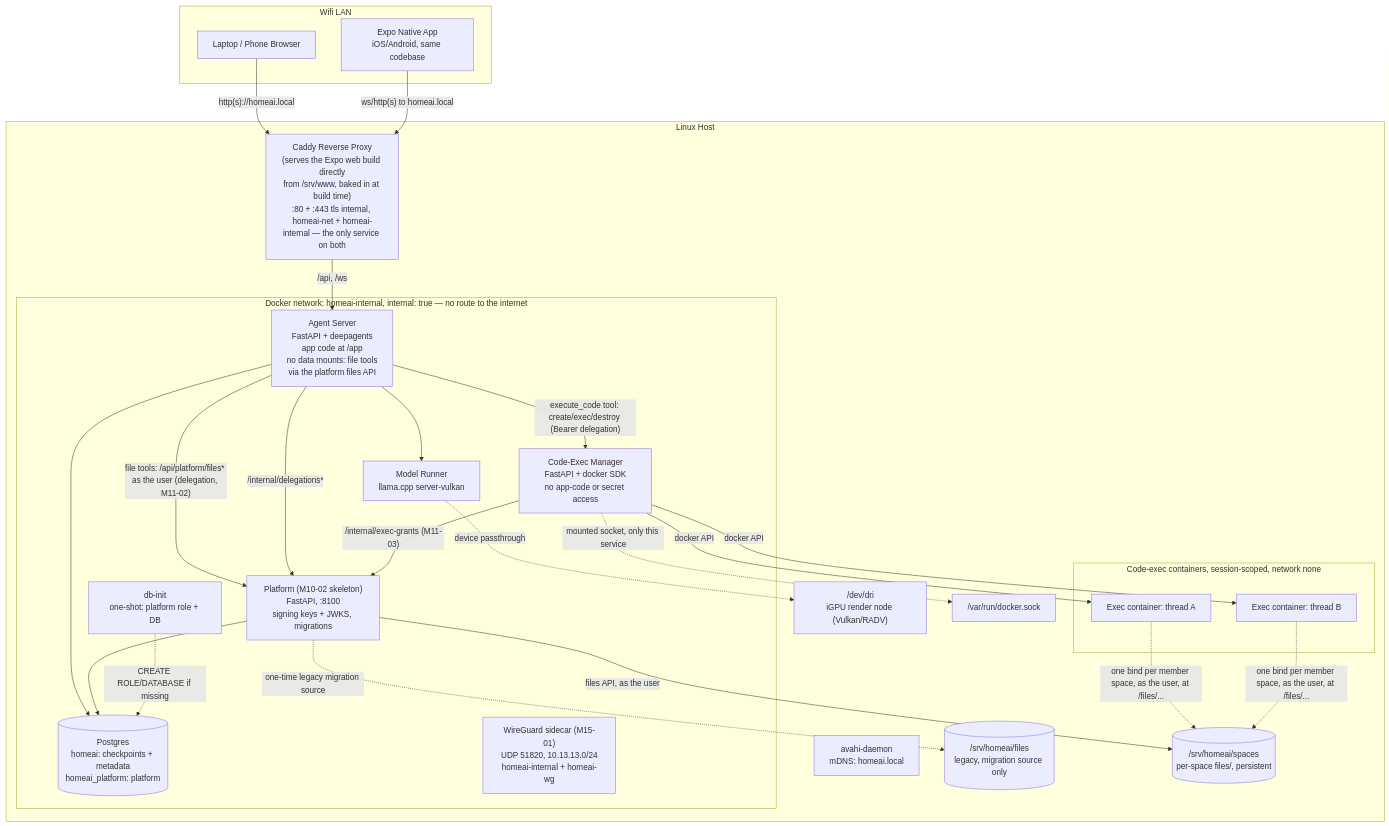
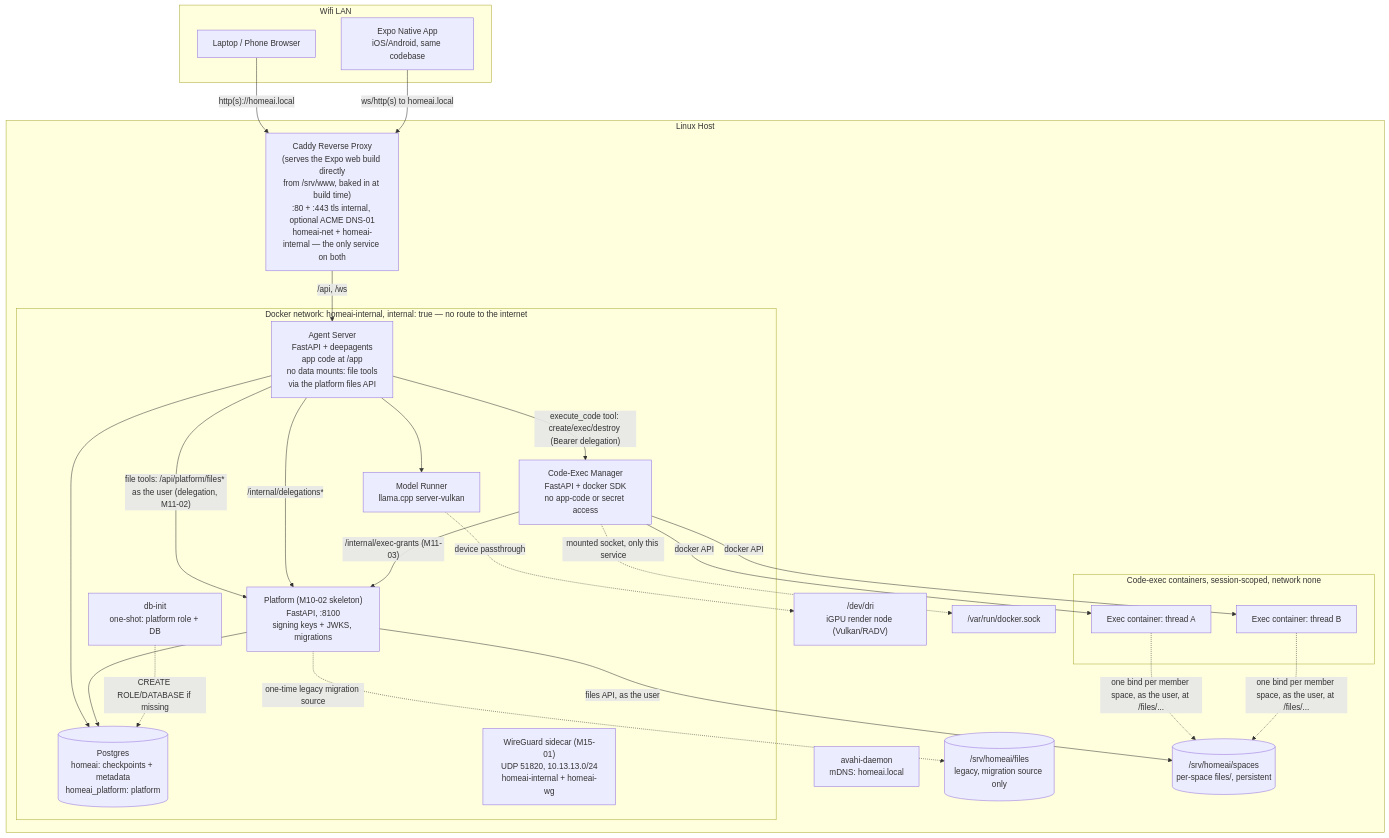
One commit to cucucachu/unnamed_local_ai_server changed the first of 3 diagrams in docs/ARCHITECTURE.md. Above: the diagram before and after it, drawn with Mermaid. The commit also changed other lines of this file and 15 other files, not shown here.

Commit message:
M15-03: Optional ACME DNS-01 domain mode and split-DNS docs. (#216)

````diff
--- a/docs/ARCHITECTURE.md
+++ b/docs/ARCHITECTURE.md
@@ -26,53 +26,53 @@
 ```mermaid
 flowchart TB
     subgraph lan [Wifi LAN]
         browser[Laptop / Phone Browser]
         nativeapp[Expo Native App\niOS/Android, same codebase]
     end
 
     browser -->|"http(s)://homeai.local"| proxy
     nativeapp -->|"ws/http(s) to homeai.local"| proxy
 
     subgraph host [Linux Host]
-        proxy["Caddy Reverse Proxy\n(serves the Expo web build directly\nfrom /srv/www, baked in at build time)\n:80 + :443 tls internal, homeai-net + homeai-internal — the only service on both"]
+        proxy["Caddy Reverse Proxy\n(serves the Expo web build directly\nfrom /srv/www, baked in at build time)\n:80 + :443 tls internal, optional ACME DNS-01\nhomeai-net + homeai-internal — the only service on both"]
         avahi[avahi-daemon\nmDNS: homeai.local]
 
         subgraph internalnet [Docker network: homeai-internal, internal: true — no route to the internet]
             agent["Agent Server\nFastAPI + deepagents\napp code at /app\nno data mounts: file tools\nvia the platform files API"]
             execmgr[Code-Exec Manager\nFastAPI + docker SDK\nno app-code or secret access]
             model[Model Runner\nllama.cpp server-vulkan]
             pg[(Postgres\nhomeai: checkpoints + metadata\nhomeai_platform: platform)]
             platform["Platform (M10-02 skeleton)\nFastAPI, :8100\nsigning keys + JWKS, migrations"]
             dbinit[db-init\none-shot: platform role + DB]
             wg["WireGuard sidecar (M15-01)\nUDP 51820, 10.13.13.0/24\nhomeai-internal + homeai-wg"]
         end
 
         subgraph execpool [Code-exec containers, session-scoped, network none]
             exec1[Exec container: thread A]
             exec2[Exec container: thread B]
         end
 
         filesdir[("/srv/homeai/files\nlegacy, migration source only")]
         spacesdir[("/srv/homeai/spaces\nper-space files/, persistent")]
         dri["/dev/dri\niGPU render node (Vulkan/RADV)"]
         dsock["/var/run/docker.sock"]
     end
 
     proxy -->|"/api, /ws"| agent
     agent --> model
     agent --> pg
     platform --> pg
     dbinit -.->|"CREATE ROLE/DATABASE if missing"| pg
     agent -->|"file tools: /api/platform/files* as the user (delegation, M11-02)"| platform
     agent -->|"/internal/delegations*"| platform
     platform -.->|"one-time legacy migration source"| filesdir
     platform -->|"files API, as the user"| spacesdir
     agent -->|"execute_code tool: create/exec/destroy (Bearer delegation)"| execmgr
     execmgr -->|"/internal/exec-grants (M11-03)"| platform
     execmgr -->|docker API| exec1
     execmgr -->|docker API| exec2
     execmgr -.->|mounted socket, only this service| dsock
     exec1 -.->|"one bind per member space, as the user, at /files/..."| spacesdir
     exec2 -.->|"one bind per member space, as the user, at /files/..."| spacesdir
     model -.->|device passthrough| dri
 ```
````
